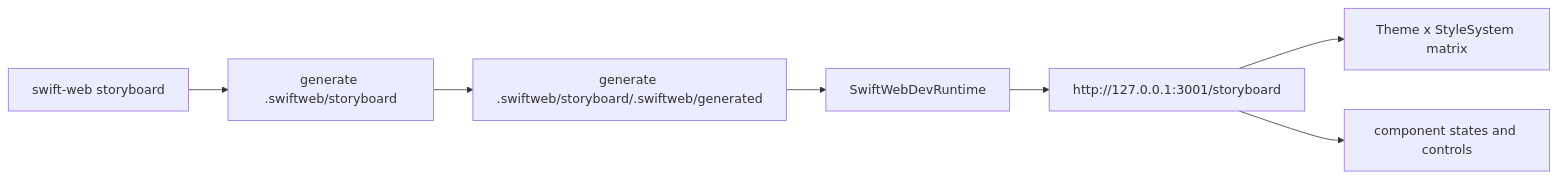
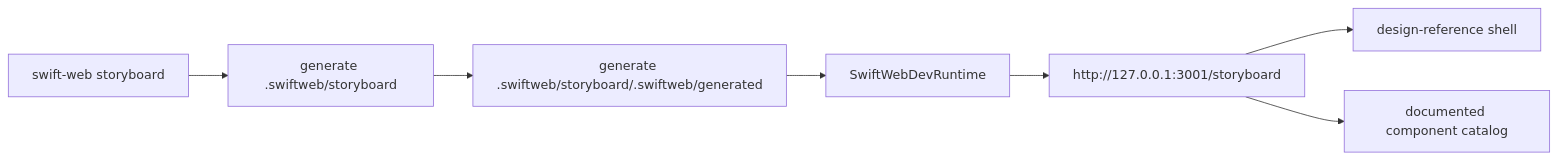
The fourth of 8 diagrams in Sources/SwiftWebCLI/README.md (1amageek/swift-web), drawn with Mermaid before and after one commit. The commit also changed other lines of this file and 70 other files, not shown here.

````diff
--- a/Sources/SwiftWebCLI/README.md
+++ b/Sources/SwiftWebCLI/README.md
@@ -90,9 +92,9 @@
 ```mermaid
 flowchart LR
   A["swift-web storyboard"] --> B["generate .swiftweb/storyboard"]
   B --> C["generate .swiftweb/storyboard/.swiftweb/generated"]
   C --> D["SwiftWebDevRuntime"]
   D --> E["http://127.0.0.1:3001/storyboard"]
-  E --> F["Theme x StyleSystem matrix"]
-  E --> G["component states and controls"]
+  E --> F["design-reference shell"]
+  E --> G["documented component catalog"]
 ```
````
